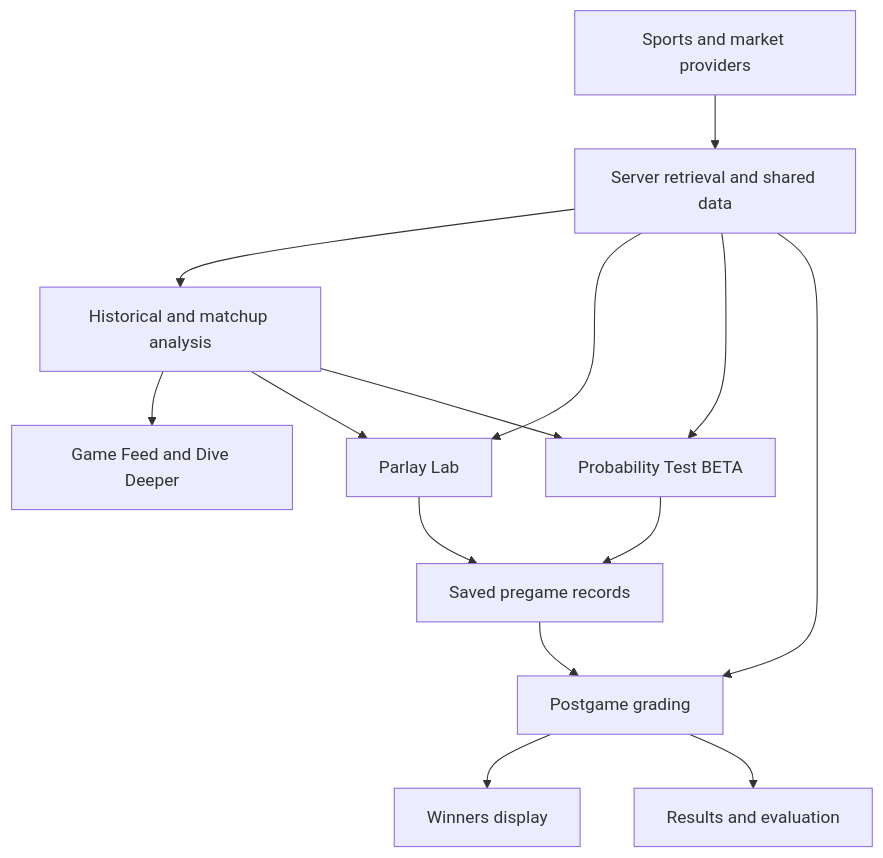
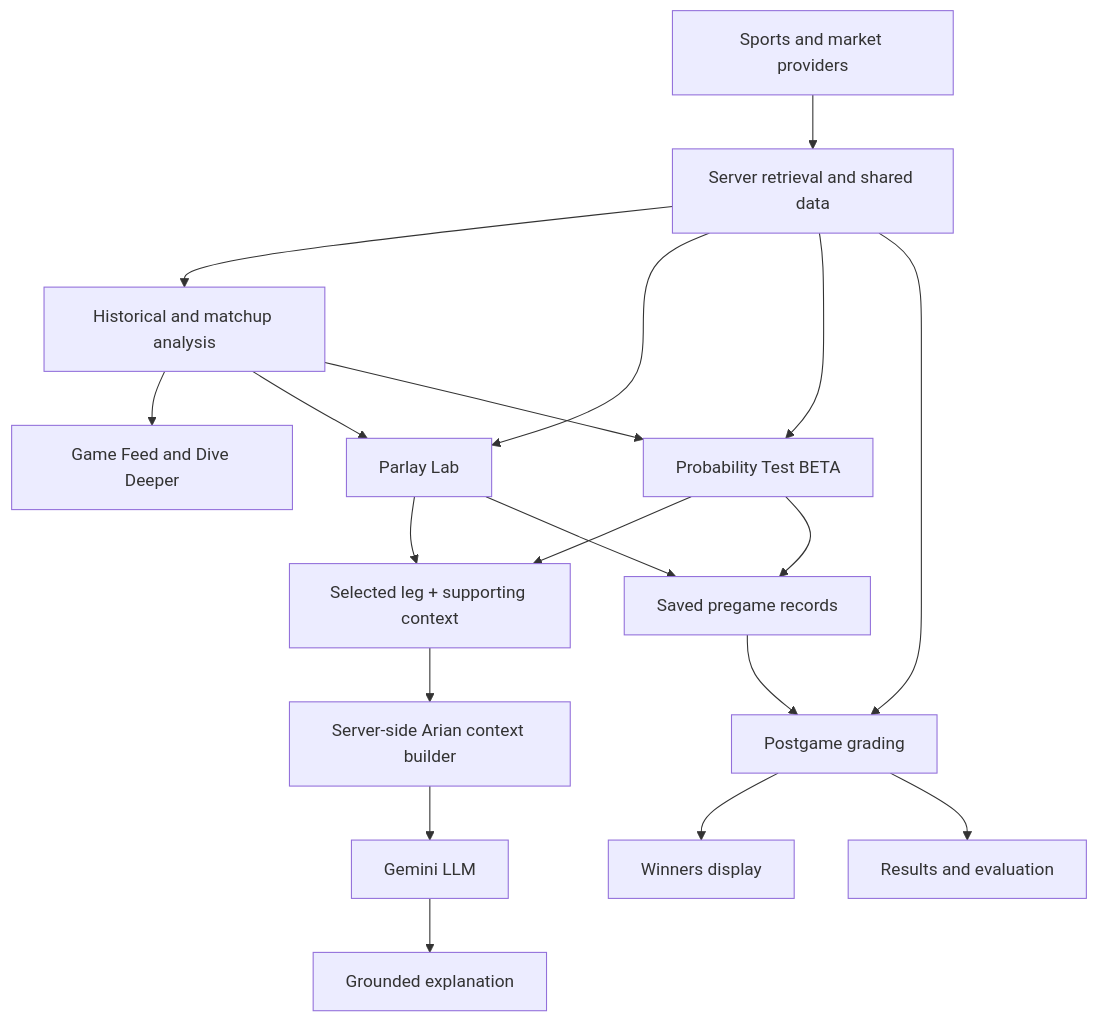
One commit to angelaguevara97/CourtsEdge-showcase changed the diagram in docs/architecture.md. Above: the diagram before and after it, drawn with Mermaid. The commit also changed other lines of this file and 4 other files, not shown here.

First line of the commit message:
Document Arian AI and clean up LLM architecture

````diff
--- a/docs/architecture.md
+++ b/docs/architecture.md
@@ -35,16 +37,21 @@
 ```mermaid
 flowchart TD
     A["Sports and market providers"] --> B["Server retrieval and shared data"]
     B --> C["Historical and matchup analysis"]
     C --> D["Game Feed and Dive Deeper"]
     B --> E["Parlay Lab"]
     C --> E
     B --> F["Probability Test BETA"]
     C --> F
+    E --> K["Selected leg + supporting context"]
+    F --> K
+    K --> L["Server-side Arian context builder"]
+    L --> M["Gemini LLM"]
+    M --> N["Grounded explanation"]
     E --> G["Saved pregame records"]
     F --> G
     B --> H["Postgame grading"]
     G --> H
     H --> I["Winners display"]
     H --> J["Results and evaluation"]
 ```
````
